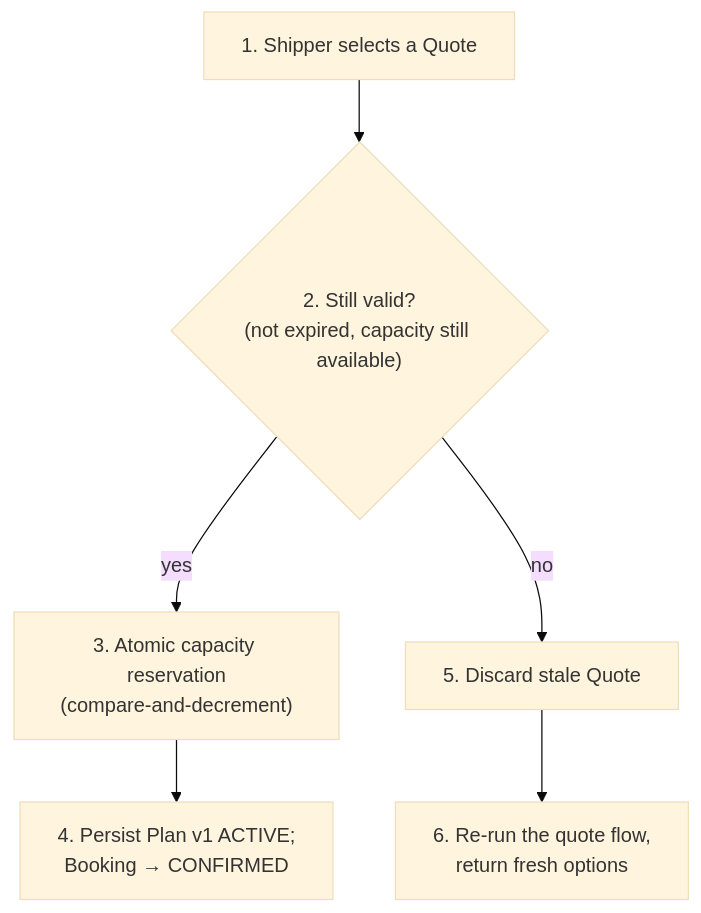
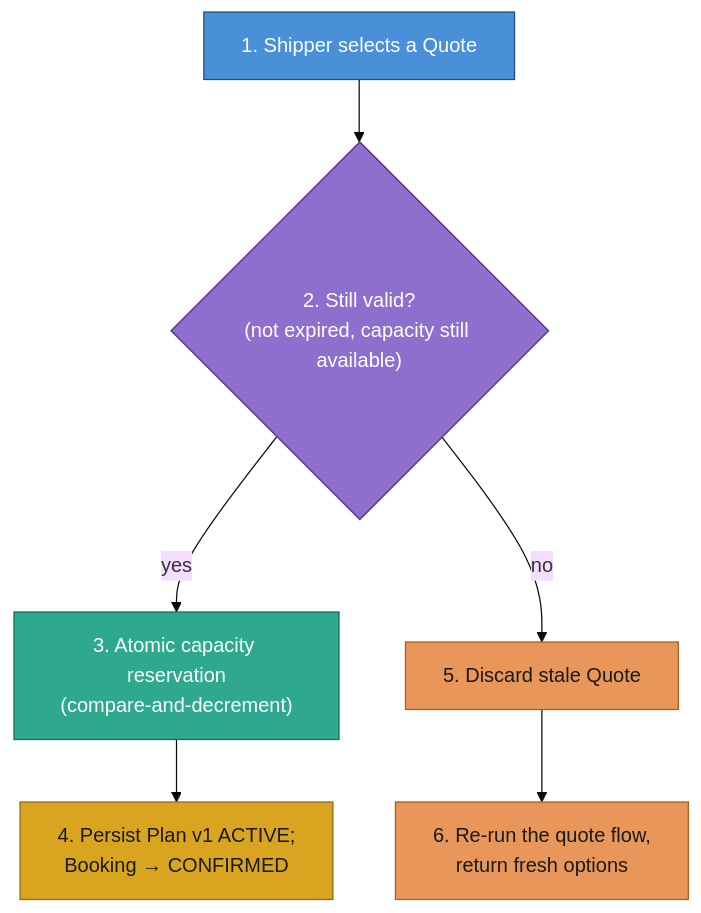
One commit to Pratyush576/CodingPractice changed the tenth of 36 diagrams in lib/src/main/java/org/pk/practices/design/supplychain/DESIGN.md. Above: the diagram before and after it, drawn with Mermaid (base theme). The commit also changed other lines of this file and 5 other files, not shown here.

Commit message:
Enhanced the diagrams

````diff
--- a/lib/src/main/java/org/pk/practices/design/supplychain/DESIGN.md
+++ b/lib/src/main/java/org/pk/practices/design/supplychain/DESIGN.md
@@ -1085,8 +1160,19 @@
 ```mermaid
 flowchart TD
     A["1. Shipper selects a Quote"] --> B{"2. Still valid?<br/>(not expired, capacity still available)"}
     B -->|yes| C["3. Atomic capacity reservation<br/>(compare-and-decrement)"]
     C --> D["4. Persist Plan v1 ACTIVE;<br/>Booking → CONFIRMED"]
     B -->|no| E["5. Discard stale Quote"]
     E --> F["6. Re-run the quote flow,<br/>return fresh options"]
+
+    classDef input fill:#4a90d9,stroke:#1c4e78,color:#ffffff
+    classDef decision fill:#8e6fce,stroke:#4d2e8a,color:#ffffff
+    classDef process fill:#2ea88f,stroke:#146b58,color:#ffffff
+    classDef outcome fill:#d9a521,stroke:#8a6a0f,color:#1a1a1a
+    classDef alternate fill:#e8965a,stroke:#a85c1f,color:#1a1a1a
+    class A input
+    class B decision
+    class C process
+    class D outcome
+    class E,F alternate
 ```
````
